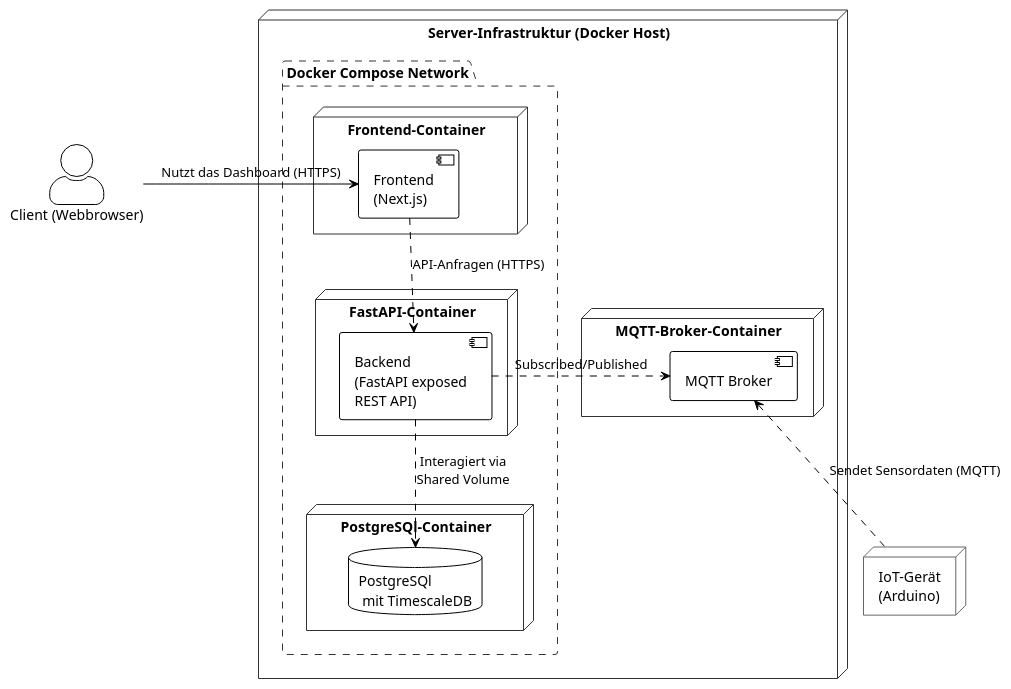
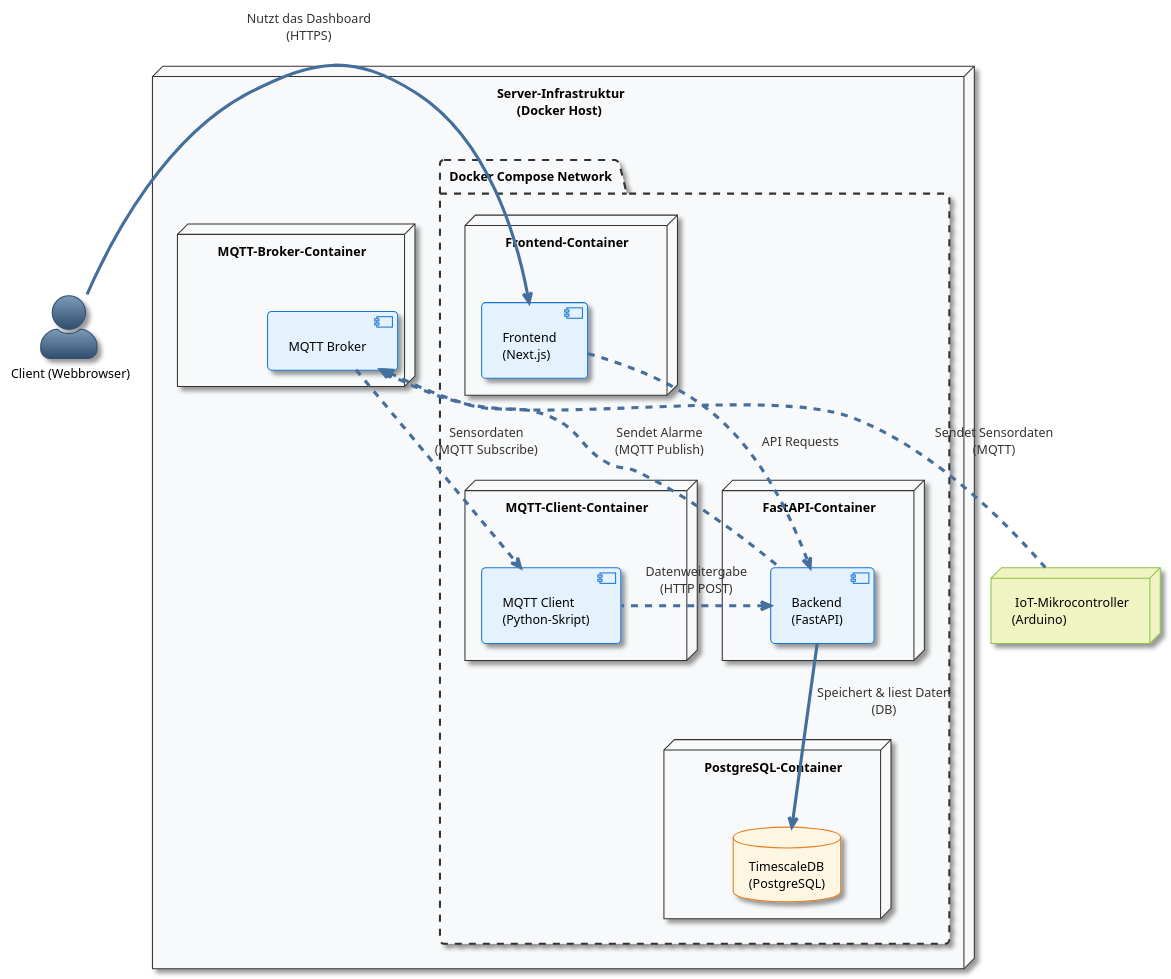
The diagram in docs/docs/images/arc/deployment.puml (STORASENSE/storasense-platform), drawn with PlantUML before and after one commit. The commit also changed other lines of this file and 13 other files, not shown here.

```diff
--- a/docs/docs/images/arc/deployment.puml
+++ b/docs/docs/images/arc/deployment.puml
@@ -1,62 +2,92 @@
 @startuml
-' --- Styling ---
-!theme plain
-skinparam shadowing false
+!theme spacelab
+
+skinparam shadowing true
 skinparam actorStyle awesome
-skinparam rectangle {
-    borderRadius 5
+skinparam defaultTextColor #000000
+skinparam arrowFontColor #333333
+skinparam defaultTextColor #000000
+
+skinparam node {
+    FontColor #000000
+}
+skinparam component {
+    FontColor #000000
 }
 skinparam database {
-    borderRadius 5
+    FontColor #000000
+}
+skinparam rectangle {
+    FontColor #000000
+}
+skinparam package {
+    FontColor #000000
+}
+skinparam actor {
+    FontColor #000000
+}
+
+skinparam rectangle {
+    borderRadius 10
+    BackgroundColor #F5F7FA
+    BorderColor #4A90E2
+}
+skinparam database {
+    borderRadius 10
+    BackgroundColor #FDF6E3
+    BorderColor #E67E22
 }
 skinparam component {
-    borderRadius 5
+    borderRadius 10
+    BackgroundColor #E3F2FD
+    BorderColor #1976D2
 }
 skinparam node {
-    borderColor #666666
+    borderRadius 10
+    BackgroundColor #F0F4C3
+    BorderColor #8BC34A
 }
-' Styling für das Netzwerk-Paket
 skinparam package {
     borderColor #333333
     borderStyle dashed
+    BackgroundColor #F8F9FA
 }
 
-' --- Akteure ---
-actor "Client (Webbrowser)" as User
-node "IoT-Gerät\n(Arduino)" as Device
+actor " Client (Webbrowser)" as User
+node " IoT-Mikrocontroller\n(Arduino)" as Device
 
+node " Server-Infrastruktur\n(Docker Host)" as Server {
+    package "Docker Compose Network" as DockerNetwork {
 
-' --- Deployment-Knoten ---
-node "Server-Infrastruktur (Docker Host)" as Server {
-    ' Dieses Paket repräsentiert die logische Grenze des Docker Compose Netzwerks
-    package "Docker Compose Network" as DockerNetwork {
         node "Frontend-Container" as FrontendContainer {
             component "Frontend\n(Next.js)" as Frontend
         }
+
         node "FastAPI-Container" as FastAPIContainer {
-            component "Backend\n(FastAPI exposed\nREST API)" as Backend
-        }
-        node "PostgreSQl-Container" as PostgresContainer {
-           database "PostgreSQl \n mit TimescaleDB" as Postgres
+            component "Backend\n(FastAPI)" as Backend
         }
 
+        node "MQTT-Client-Container" as MqttClientContainer {
+            component "MQTT Client\n(Python-Skript)" as MqttClient
+        }
+
+        node "PostgreSQL-Container" as PostgresContainer {
+           database "TimescaleDB\n(PostgreSQL)" as Postgres
+        }
     }
 
     node "MQTT-Broker-Container" as MqttBrokerContainer {
         component "MQTT Broker" as MqttBroker
     }
 }
 
-' --- Beziehungen und Datenflüsse ---
-' Externe Kommunikation zu den exponierten Ports der Container
-User -right-> Frontend : Nutzt das Dashboard (HTTPS)
-Device .up.> MqttBroker: Sendet Sensordaten (MQTT)
+User -right-> Frontend : Nutzt das Dashboard\n(HTTPS)
+Device .up.> MqttBroker: Sendet Sensordaten\n(MQTT)
 
-' Interne Kommunikation innerhalb des Docker-Netzwerks
-Frontend .down.> Backend : API-Anfragen (HTTPS)
-Backend .right.> MqttBroker : Subscribed/Published
-
-' Spezielle Interaktion via Shared Volume, keine Netzwerkkommunikation
-Backend ..> Postgres : "Interagiert via\nShared Volume"
+MqttBroker .down.> MqttClient : Sensordaten\n(MQTT Subscribe)
+MqttClient .left.> Backend : Datenweitergabe\n(HTTP POST)
+Frontend .down.> Backend : API Requests
+Backend --> Postgres : Speichert & liest Daten\n(DB)
+Backend .up.> MqttBroker : Sendet Alarme\n(MQTT Publish)
 
 @enduml
```
